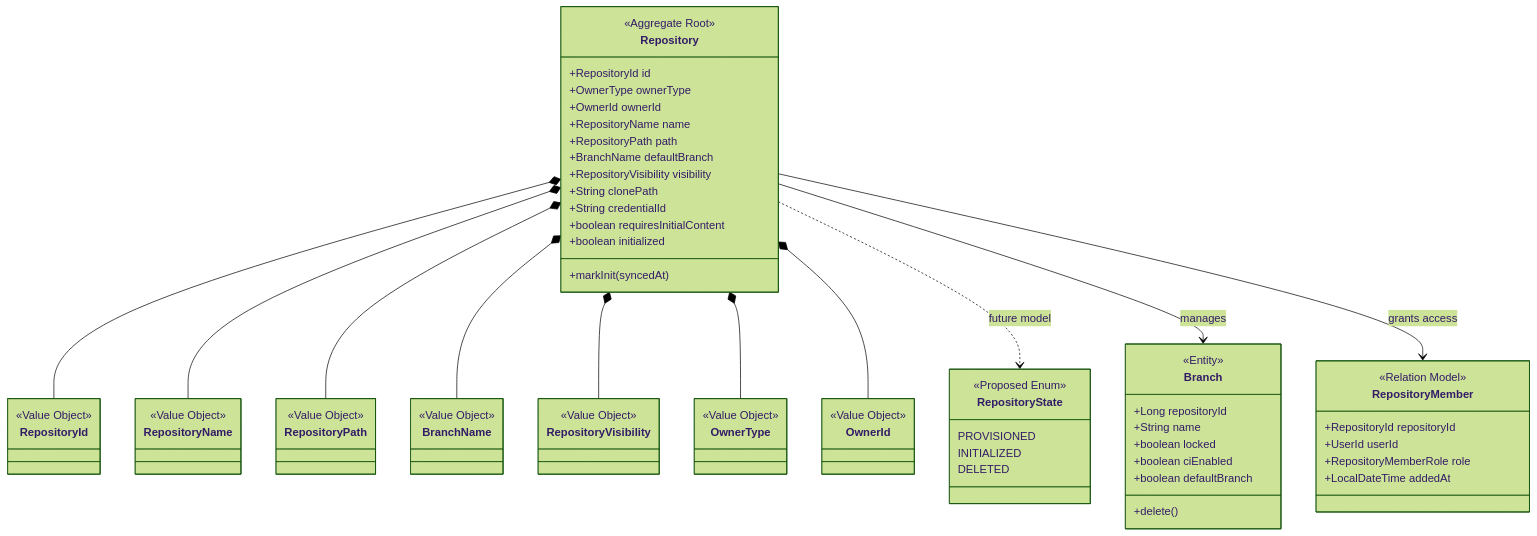
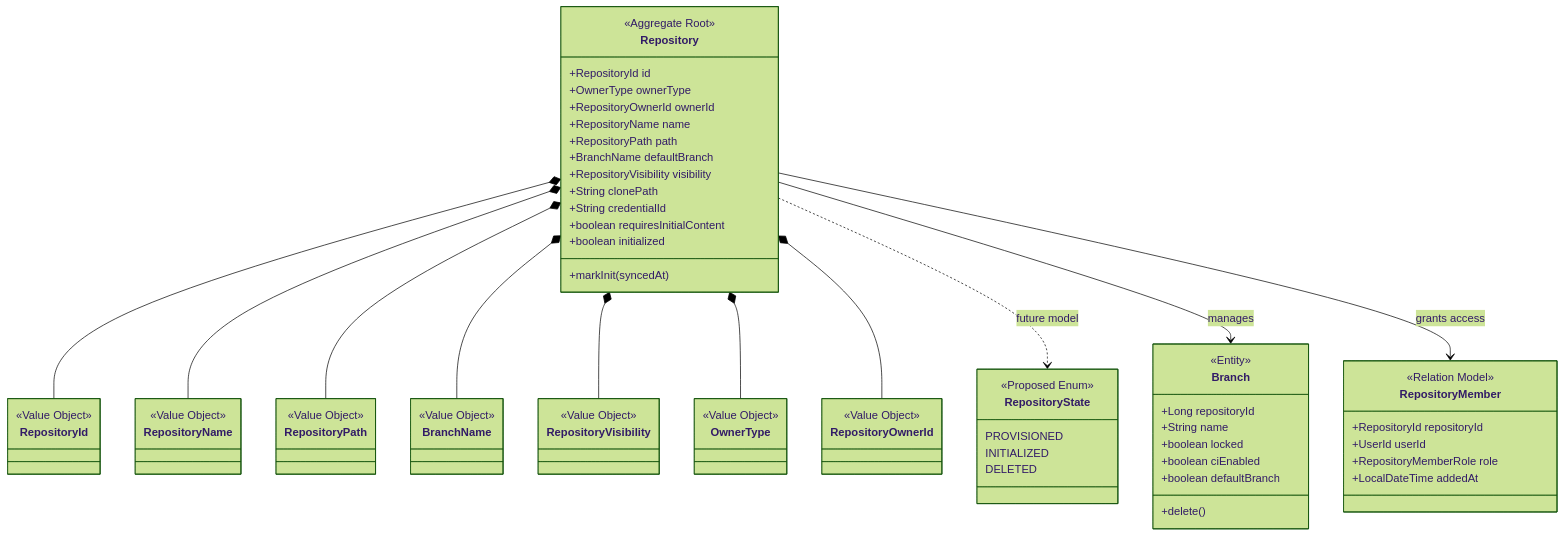
One commit to jgitkins/jgitkins changed the first of 3 diagrams in docs/bounded-context/repository/diagrams.md. Above: the diagram before and after it, drawn with Mermaid (forest theme). The commit also changed 4 other files, not shown here.

````diff
--- a/docs/bounded-context/repository/diagrams.md
+++ b/docs/bounded-context/repository/diagrams.md
@@ -16,82 +16,82 @@
 ```mermaid
 classDiagram
     class Repository {
         <<Aggregate Root>>
         +RepositoryId id
         +OwnerType ownerType
-        +OwnerId ownerId
+        +RepositoryOwnerId ownerId
         +RepositoryName name
         +RepositoryPath path
         +BranchName defaultBranch
         +RepositoryVisibility visibility
         +String clonePath
         +String credentialId
         +boolean requiresInitialContent
         +boolean initialized
         +markInit(syncedAt)
     }
 
     class Branch {
         <<Entity>>
         +Long repositoryId
         +String name
         +boolean locked
         +boolean ciEnabled
         +boolean defaultBranch
         +delete()
     }
 
     class RepositoryMember {
         <<Relation Model>>
         +RepositoryId repositoryId
         +UserId userId
         +RepositoryMemberRole role
         +LocalDateTime addedAt
     }
 
     class RepositoryId {
         <<Value Object>>
     }
 
     class RepositoryName {
         <<Value Object>>
     }
 
     class RepositoryPath {
         <<Value Object>>
     }
 
     class BranchName {
         <<Value Object>>
     }
 
     class RepositoryVisibility {
         <<Value Object>>
     }
 
     class OwnerType {
         <<Value Object>>
     }
 
-    class OwnerId {
+    class RepositoryOwnerId {
         <<Value Object>>
     }
 
     class RepositoryState {
         <<Proposed Enum>>
         PROVISIONED
         INITIALIZED
         DELETED
     }
 
     Repository *-- RepositoryId
     Repository *-- RepositoryName
     Repository *-- RepositoryPath
     Repository *-- BranchName
     Repository *-- RepositoryVisibility
     Repository *-- OwnerType
-    Repository *-- OwnerId
+    Repository *-- RepositoryOwnerId
     Repository ..> RepositoryState : future model
     Repository --> Branch : manages
     Repository --> RepositoryMember : grants access
 ```
````
